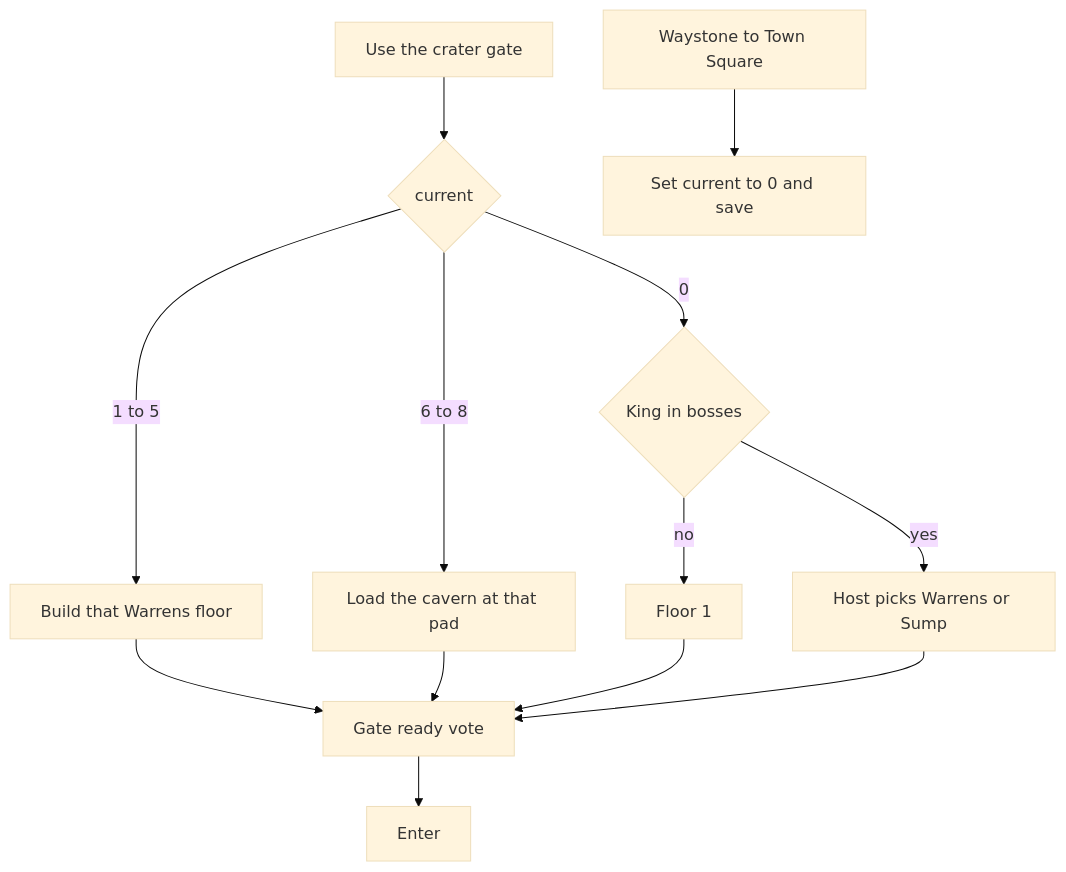
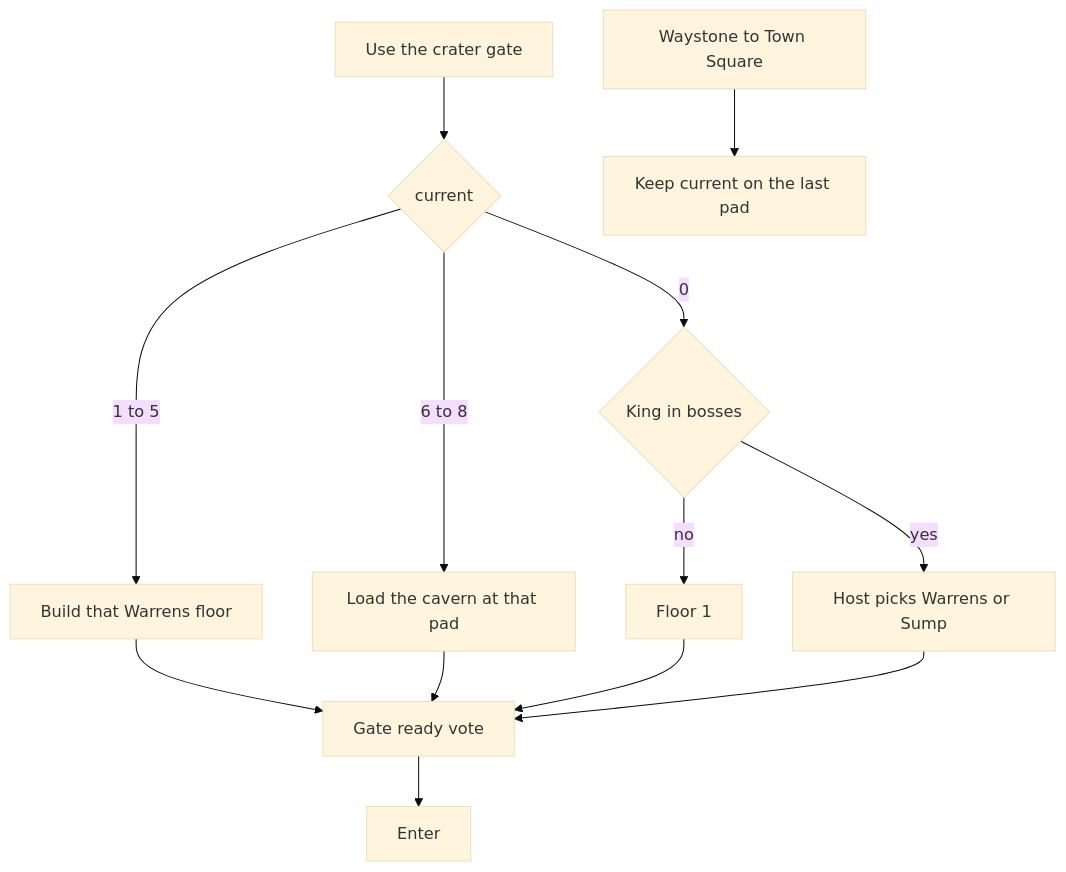
The second of 4 diagrams in docs/PLAN_0.7.0_ACT2.md (ShobieShy/covenant-of-embers), drawn with Mermaid (base theme) before and after one commit. The commit also changed other lines of this file, not shown here.

````diff
--- a/docs/PLAN_0.7.0_ACT2.md
+++ b/docs/PLAN_0.7.0_ACT2.md
@@ -213,17 +217,17 @@
 ```mermaid
 flowchart TD
   use[Use the crater gate]
   use --> mid{current}
   mid -->|1 to 5| warren[Build that Warrens floor]
   mid -->|6 to 8| pad[Load the cavern at that pad]
   mid -->|0| king{King in bosses}
   king -->|no| floor1[Floor 1]
   king -->|yes| pick[Host picks Warrens or Sump]
   warren --> vote[Gate ready vote]
   pad --> vote
   floor1 --> vote
   pick --> vote
   vote --> enter[Enter]
   home[Waystone to Town Square]
-  home --> zero[Set current to 0 and save]
+  home --> keep[Keep current on the last pad]
 ```
````
